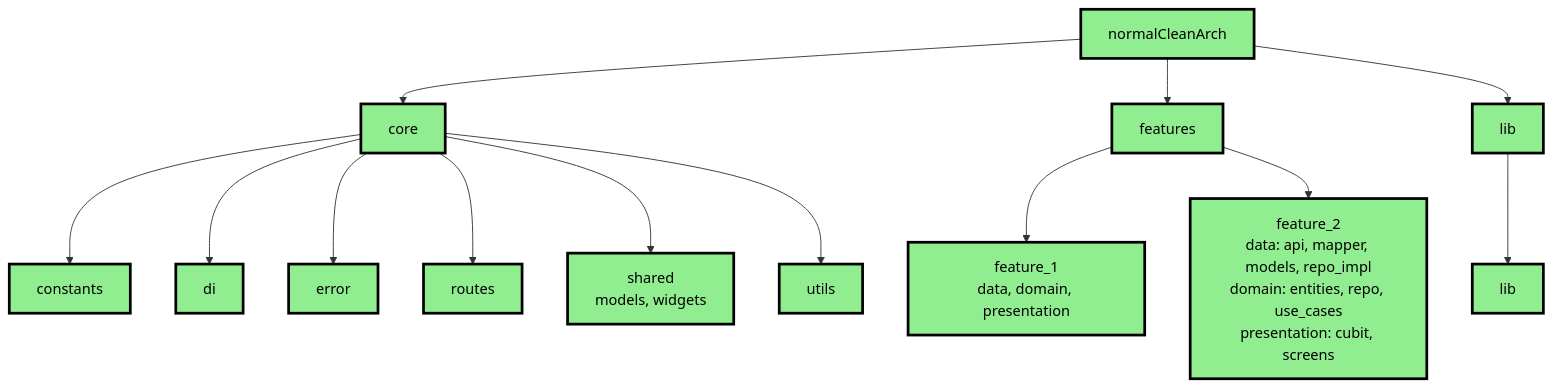
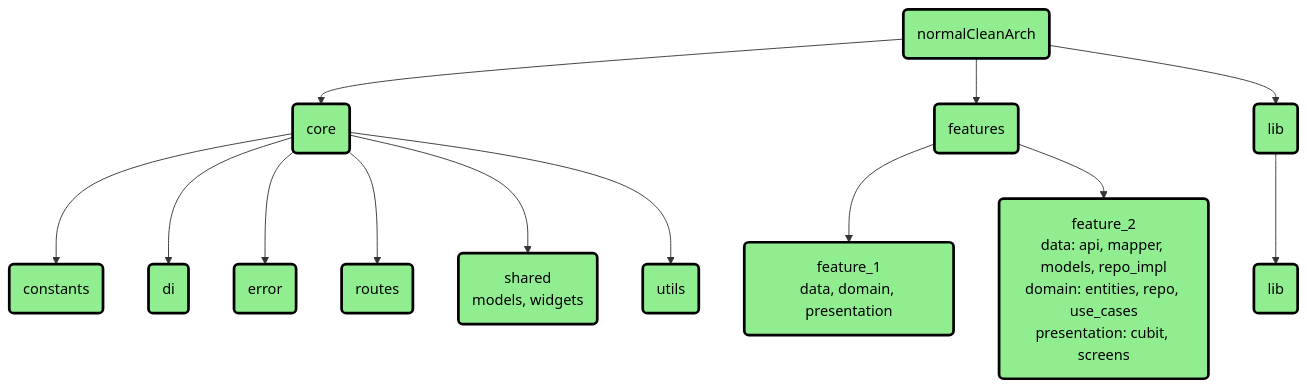
One commit to Mahm0udbakir/clean_arch changed the diagram in README.md. Above: the diagram before and after it, drawn with Mermaid.

Commit message:
Refactor README.md architecture diagram syntax for improved readability by changing node notation from brackets to parentheses.

````diff
--- a/README.md
+++ b/README.md
@@ -5,25 +5,25 @@
 ```mermaid
 graph TD
-    A[normalCleanArch] --> B[core]
-    A --> C[features]
-    A --> D[lib]
+    A(normalCleanArch) --> B(core)
+    A --> C(features)
+    A --> D(lib)
 
-    B --> B1[constants]
-    B --> B2[di]
-    B --> B3[error]
-    B --> B4[routes]
-    B --> B5["shared<br/>models, widgets"]
-    B --> B6[utils]
+    B --> B1(constants)
+    B --> B2(di)
+    B --> B3(error)
+    B --> B4(routes)
+    B --> B5("shared<br/>models, widgets")
+    B --> B6(utils)
 
-    C --> C1["feature_1<br/>data, domain, presentation"]
-    C --> C2["feature_2<br/>data: api, mapper, models, repo_impl<br/>domain: entities, repo, use_cases<br/>presentation: cubit, screens"]
+    C --> C1("feature_1<br/>data, domain, presentation")
+    C --> C2("feature_2<br/>data: api, mapper, models, repo_impl<br/>domain: entities, repo, use_cases<br/>presentation: cubit, screens")
 
-    D --> D1[lib]
+    D --> D1(lib)
 
     classDef core fill:#90EE90,stroke:#000000,stroke-width:3px,color:#000000;
     classDef features fill:#90EE90,stroke:#000000,stroke-width:3px,color:#000000;
     classDef lib fill:#90EE90,stroke:#000000,stroke-width:3px,color:#000000;
     class A,B,B1,B2,B3,B4,B5,B6 core;
     class C,C1,C2 features;
     class D,D1 lib;
 ```
````
